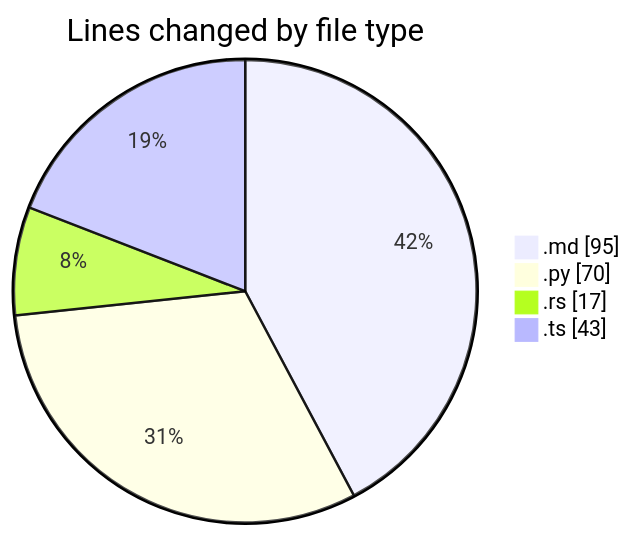
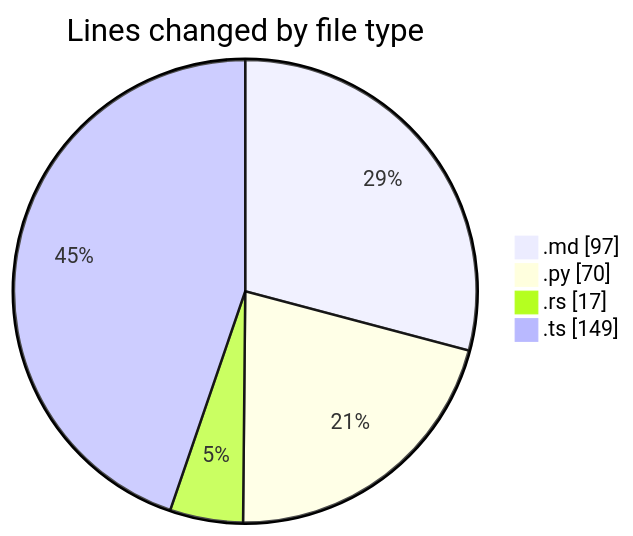
The first of 2 diagrams in repositories/2024-12-28/leetcode-solutions/README.md (ernivani/code-tracking), drawn with Mermaid before and after one commit. The commit also changed other lines of this file and 1 other file, not shown here.

````diff
--- a/repositories/2024-12-28/leetcode-solutions/README.md
+++ b/repositories/2024-12-28/leetcode-solutions/README.md
@@ -24,8 +27,8 @@
 ```mermaid
 pie showData
 title Lines changed by file type
-".md" : 95
+".md" : 97
 ".py" : 70
 ".rs" : 17
-".ts" : 43
+".ts" : 149
 ```
````
